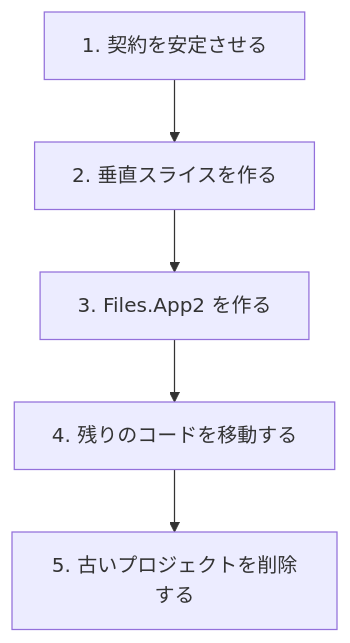
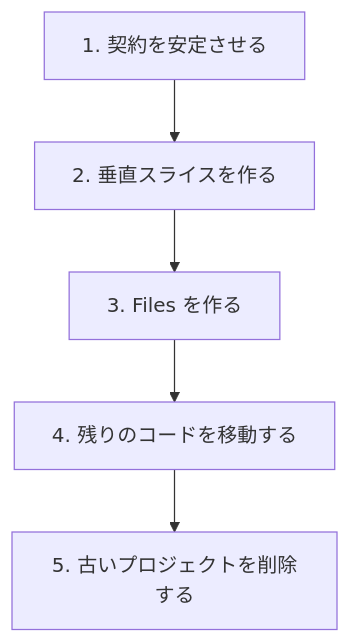
Before and after one commit to 0x5bfa/Files: the second of 4 diagrams in docs/architecture/migration.md, drawn with Mermaid. The commit also changed other lines of this file and 1185 other files, not shown here.

````diff
--- a/docs/architecture/migration.md
+++ b/docs/architecture/migration.md
@@ -17,13 +17,13 @@
 ```mermaid
 flowchart TD
     Contracts["1. 契約を安定させる"]
     Slice["2. 垂直スライスを作る"]
-    Host["3. Files.App2 を作る"]
+    Host["3. Files を作る"]
     Move["4. 残りのコードを移動する"]
     Delete["5. 古いプロジェクトを削除する"]
 
     Contracts --> Slice
     Slice --> Host
     Host --> Move
     Move --> Delete
 ```
````
